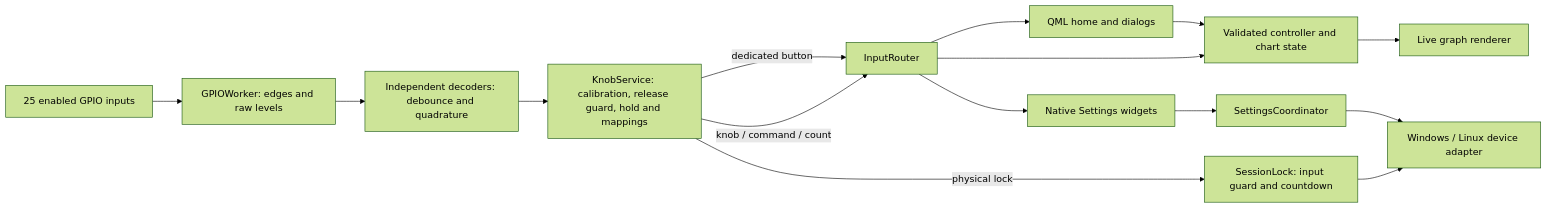
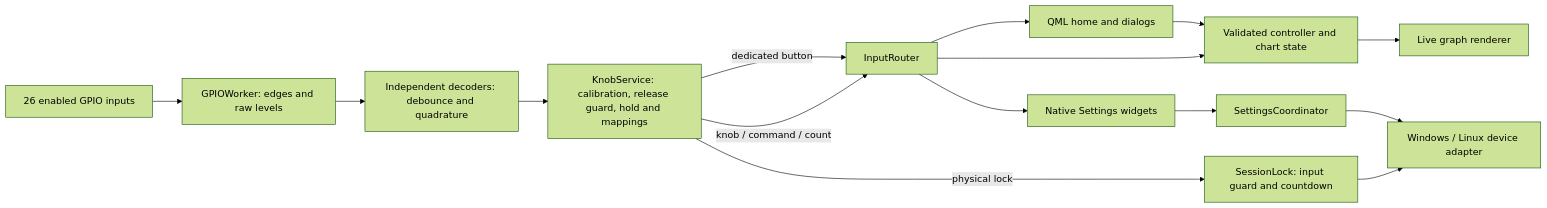
One commit to chilly23/DLC_firmware_repository changed the diagram in APP.md. Above: the diagram before and after it, drawn with Mermaid (forest theme). The commit also changed other lines of this file and 12 other files, not shown here.

````diff
--- a/APP.md
+++ b/APP.md
@@ -409,17 +412,17 @@
 ```mermaid
 flowchart LR
-  Pins[25 enabled GPIO inputs] --> Capture[GPIOWorker: edges and raw levels]
+  Pins[26 enabled GPIO inputs] --> Capture[GPIOWorker: edges and raw levels]
   Capture --> Decode[Independent decoders: debounce and quadrature]
   Decode --> Service[KnobService: calibration, release guard, hold and mappings]
   Service -->|knob / command / count| Router[InputRouter]
   Service -->|physical lock| Lock[SessionLock: input guard and countdown]
   Lock --> Device
   Service -->|dedicated button| Router
   Router --> Home[QML home and dialogs]
   Router --> Settings[Native Settings widgets]
   Router --> Model[Validated controller and chart state]
   Home --> Model
   Settings --> Coordinator[SettingsCoordinator]
   Coordinator --> Device[Windows / Linux device adapter]
   Model --> Paint[Live graph renderer]
 ```
````
